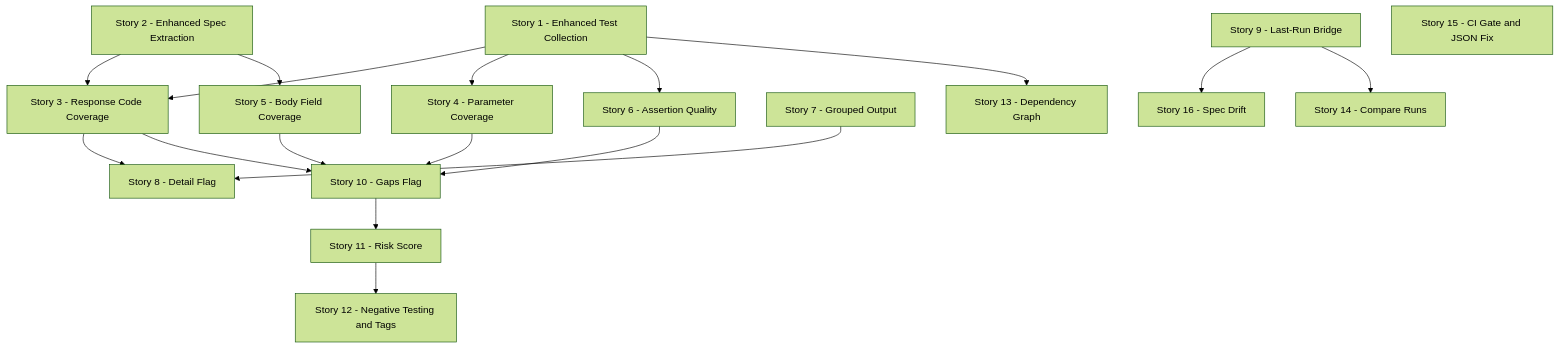
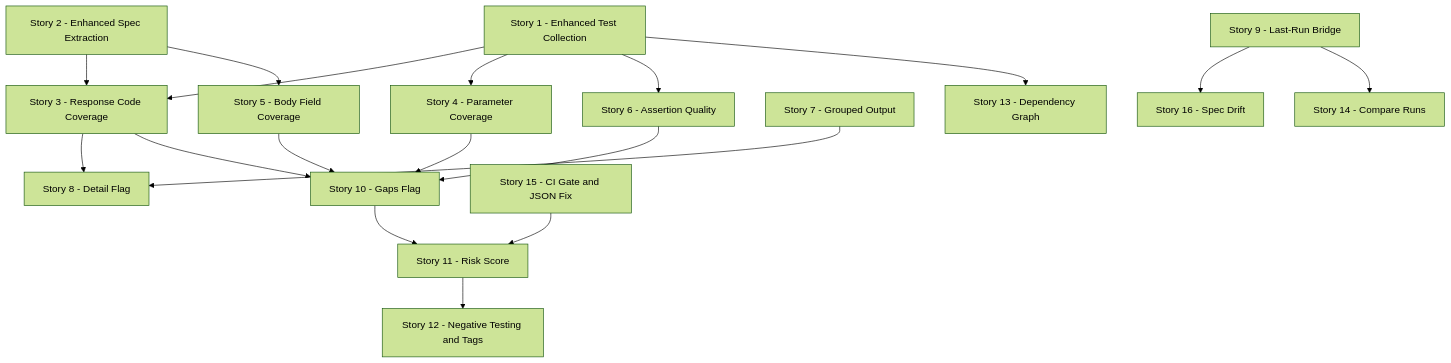
One commit to ericroliver/shogun changed the third of 3 diagrams in docs/coverage-v2-plan.md. Above: the diagram before and after it, drawn with Mermaid (forest theme). The commit also changed other lines of this file, not shown here.

````diff
--- a/docs/coverage-v2-plan.md
+++ b/docs/coverage-v2-plan.md
@@ -451,20 +451,20 @@
 ```mermaid
 graph TD
-    S1[Story 1 - Enhanced Test Collection] --> S3
+    S1[Story 1 - Enhanced Test Collection] --> S3[Story 3 - Response Code Coverage]
     S2[Story 2 - Enhanced Spec Extraction] --> S3
-    S3[Story 3 - Response Code Coverage] --> S8
+    S3 --> S8[Story 8 - Detail Flag]
     S1 --> S4[Story 4 - Parameter Coverage]
     S2 --> S5[Story 5 - Body Field Coverage]
     S1 --> S6[Story 6 - Assertion Quality]
     S3 --> S10[Story 10 - Gaps Flag]
     S4 --> S10
     S5 --> S10
     S6 --> S10
     S10 --> S11[Story 11 - Risk Score]
-    S7[Story 7 - Grouped Output] --> S8[Story 8 - Detail Flag]
+    S7[Story 7 - Grouped Output] --> S8
     S9[Story 9 - Last-Run Bridge] --> S16[Story 16 - Spec Drift]
     S9 --> S14[Story 14 - Compare Runs]
     S11 --> S12[Story 12 - Negative Testing and Tags]
     S1 --> S13[Story 13 - Dependency Graph]
-    S15[Story 15 - CI Gate and JSON Fix]
+    S15[Story 15 - CI Gate and JSON Fix] --> S11
 ```
````
